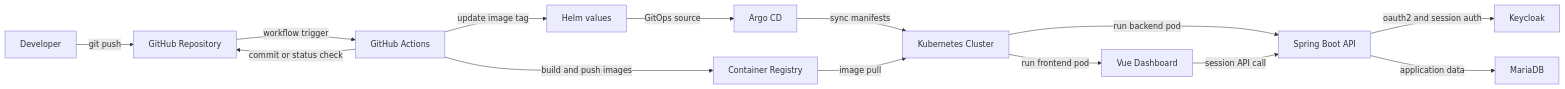
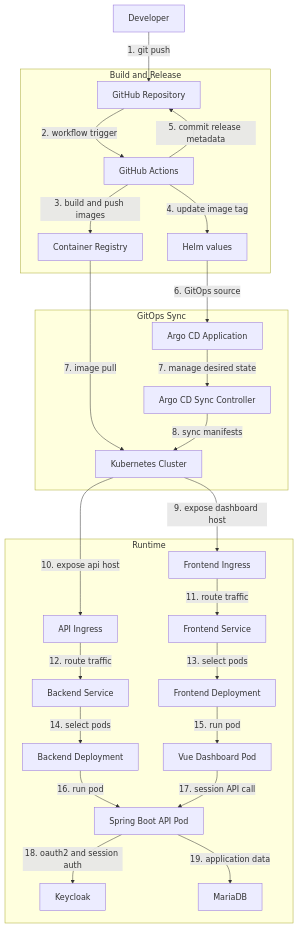
One commit to bhmin9211/springboot-k8s-deploy changed the diagram in README.md. Above: the diagram before and after it, drawn with Mermaid. The commit also changed 13 other files, not shown here.

````diff
--- a/README.md
+++ b/README.md
@@ -70,20 +70,51 @@
 ```mermaid
-flowchart LR
-    Dev[Developer] -->|git push| GitHub[GitHub Repository]
-    GitHub -->|workflow trigger| Actions[GitHub Actions]
+flowchart TD
+    Dev[Developer]
+    GitHub[GitHub Repository]
+    Actions[GitHub Actions]
+    Registry[Container Registry]
+    HelmValues[Helm values]
+    ArgoCDApp[Argo CD Application]
+    ArgoCDSync[Argo CD Sync Controller]
+    K8s[Kubernetes Cluster]
+    FrontendIngress[Frontend Ingress]
+    ApiIngress[API Ingress]
+    FrontendService[Frontend Service]
+    BackendService[Backend Service]
+    FrontendDeploy[Frontend Deployment]
+    BackendDeploy[Backend Deployment]
+    Frontend[Vue Dashboard Pod]
+    Backend[Spring Boot API Pod]
+    Keycloak[Keycloak]
+    MariaDB[MariaDB]
 
-    Actions -->|build and push images| Registry[Container Registry]
-    Actions -->|update image tag| HelmValues[Helm values]
-    Actions -->|commit or status check| GitHub
+    Dev -->|1. git push| GitHub
+    GitHub -->|2. workflow trigger| Actions
 
-    HelmValues -->|GitOps source| ArgoCD[Argo CD]
-    ArgoCD -->|sync manifests| K8s[Kubernetes Cluster]
-    Registry -->|image pull| K8s
+    subgraph BuildAndRelease[Build and Release]
+        Actions -->|3. build and push images| Registry
+        Actions -->|4. update image tag| HelmValues
+        Actions -->|5. commit release metadata| GitHub
+    end
 
-    K8s -->|run frontend pod| Frontend[Vue Dashboard]
-    K8s -->|run backend pod| Backend[Spring Boot API]
+    subgraph GitOpsSync[GitOps Sync]
+        HelmValues -->|6. GitOps source| ArgoCDApp
+        Registry -->|7. image pull| K8s
+        ArgoCDApp -->|7. manage desired state| ArgoCDSync
+        ArgoCDSync -->|8. sync manifests| K8s
+    end
 
-    Frontend -->|session API call| Backend
-    Backend -->|oauth2 and session auth| Keycloak[Keycloak]
-    Backend -->|application data| MariaDB[MariaDB]
+    subgraph Runtime[Runtime]
+        K8s -->|9. expose dashboard host| FrontendIngress
+        K8s -->|10. expose api host| ApiIngress
+        FrontendIngress -->|11. route traffic| FrontendService
+        ApiIngress -->|12. route traffic| BackendService
+        FrontendService -->|13. select pods| FrontendDeploy
+        BackendService -->|14. select pods| BackendDeploy
+        FrontendDeploy -->|15. run pod| Frontend
+        BackendDeploy -->|16. run pod| Backend
+        Frontend -->|17. session API call| Backend
+        Backend -->|18. oauth2 and session auth| Keycloak
+        Backend -->|19. application data| MariaDB
+    end
 ```
````
